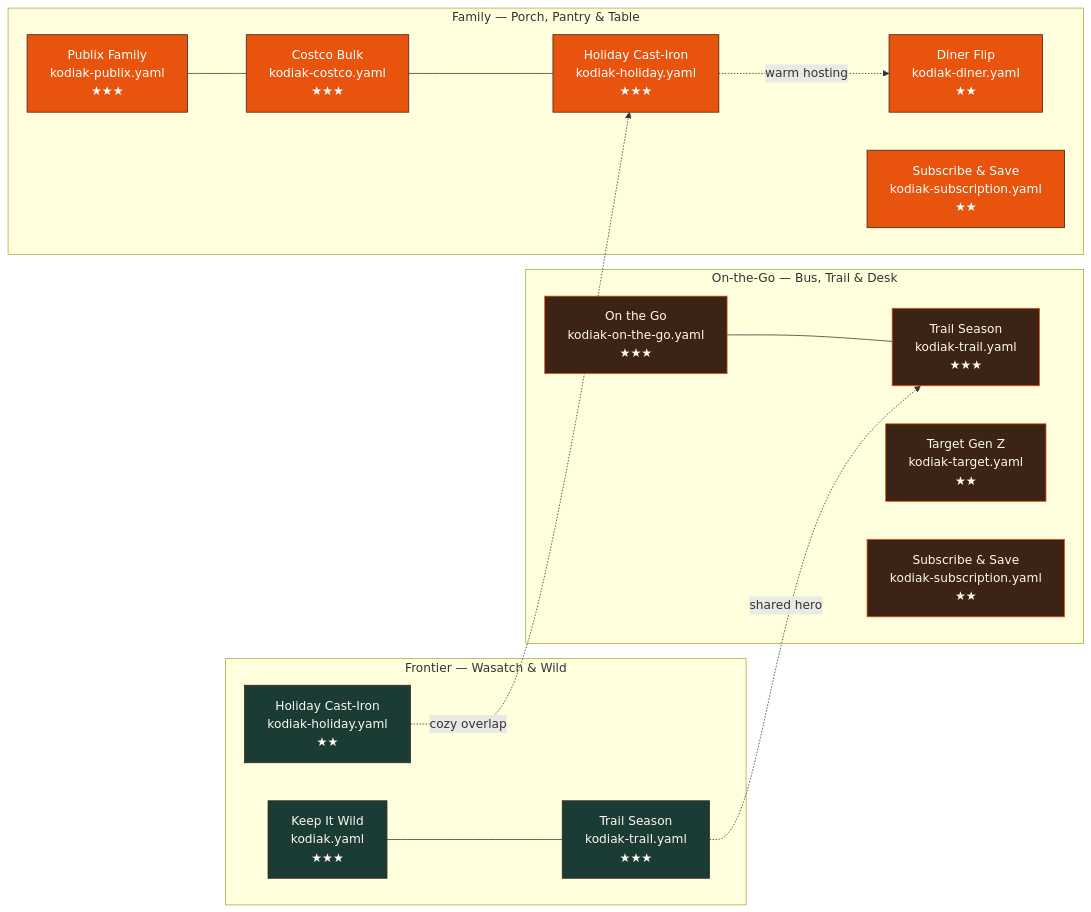
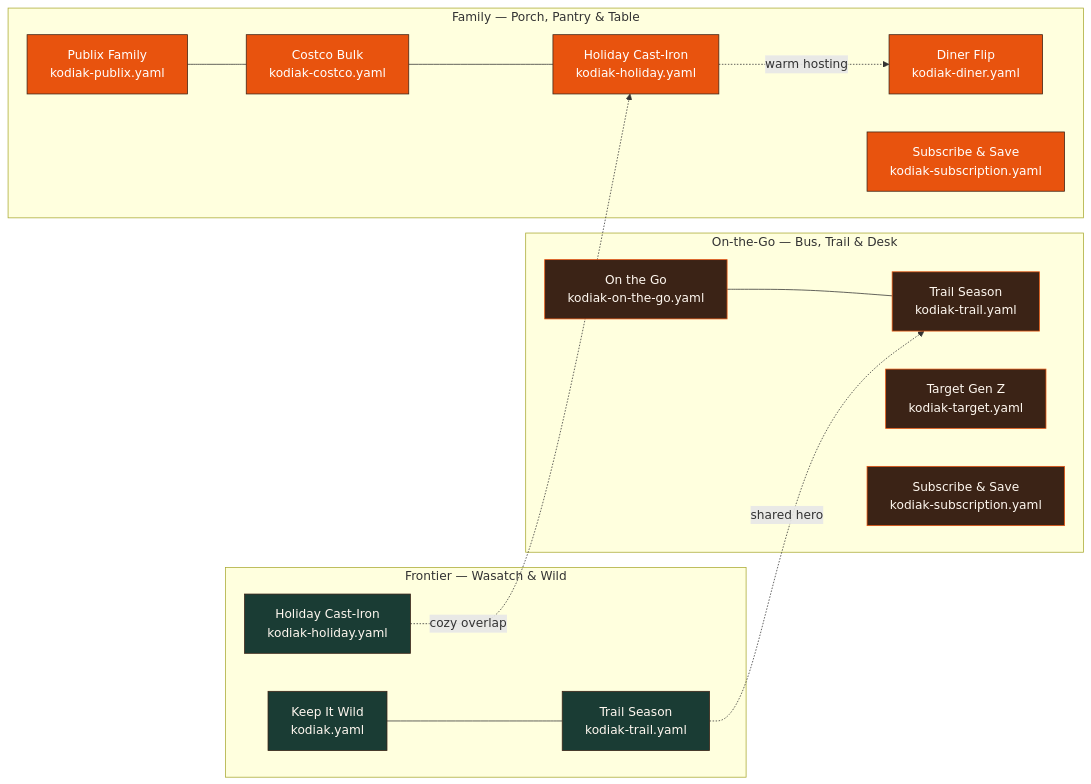
The diagram in docs/visual-gallery.md (chasko-labs/creative-automation-pipeline), drawn with Mermaid before and after one commit. The commit also changed other lines of this file and 5 other files, not shown here.

````diff
--- a/docs/visual-gallery.md
+++ b/docs/visual-gallery.md
@@ -252,36 +351,36 @@
 ```mermaid
 flowchart LR
     subgraph Frontier["Frontier — Wasatch & Wild"]
-        A[Keep It Wild<br/>kodiak.yaml<br/>★★★]
-        B[Trail Season<br/>kodiak-trail.yaml<br/>★★★]
-        C[Holiday Cast-Iron<br/>kodiak-holiday.yaml<br/>★★]
+        A[Keep It Wild<br/>kodiak.yaml]
+        B[Trail Season<br/>kodiak-trail.yaml]
+        C[Holiday Cast-Iron<br/>kodiak-holiday.yaml]
     end
     subgraph Family["Family — Porch, Pantry & Table"]
-        D[Publix Family<br/>kodiak-publix.yaml<br/>★★★]
-        E[Costco Bulk<br/>kodiak-costco.yaml<br/>★★★]
-        F[Holiday Cast-Iron<br/>kodiak-holiday.yaml<br/>★★★]
-        G[Diner Flip<br/>kodiak-diner.yaml<br/>★★]
-        H[Subscribe & Save<br/>kodiak-subscription.yaml<br/>★★]
+        D[Publix Family<br/>kodiak-publix.yaml]
+        E[Costco Bulk<br/>kodiak-costco.yaml]
+        F[Holiday Cast-Iron<br/>kodiak-holiday.yaml]
+        G[Diner Flip<br/>kodiak-diner.yaml]
+        H[Subscribe & Save<br/>kodiak-subscription.yaml]
     end
     subgraph OnTheGo["On-the-Go — Bus, Trail & Desk"]
-        I[On the Go<br/>kodiak-on-the-go.yaml<br/>★★★]
-        J[Trail Season<br/>kodiak-trail.yaml<br/>★★★]
-        K[Target Gen Z<br/>kodiak-target.yaml<br/>★★]
-        L[Subscribe & Save<br/>kodiak-subscription.yaml<br/>★★]
+        I[On the Go<br/>kodiak-on-the-go.yaml]
+        J[Trail Season<br/>kodiak-trail.yaml]
+        K[Target Gen Z<br/>kodiak-target.yaml]
+        L[Subscribe & Save<br/>kodiak-subscription.yaml]
     end
 
     A --- B
     D --- E --- F
     I --- J
 
     B -. shared hero .-> J
     F -. warm hosting .-> G
     C -. cozy overlap .-> F
 
     classDef frontier fill:#1A3C34,stroke:#3B2316,color:#FFF8F0
     classDef family fill:#E8530E,stroke:#3B2316,color:#FFF
     classDef go fill:#3B2316,stroke:#E8530E,color:#FFF8F0
     class A,B,C frontier
     class D,E,F,G,H family
     class I,J,K,L go
 ```
````
